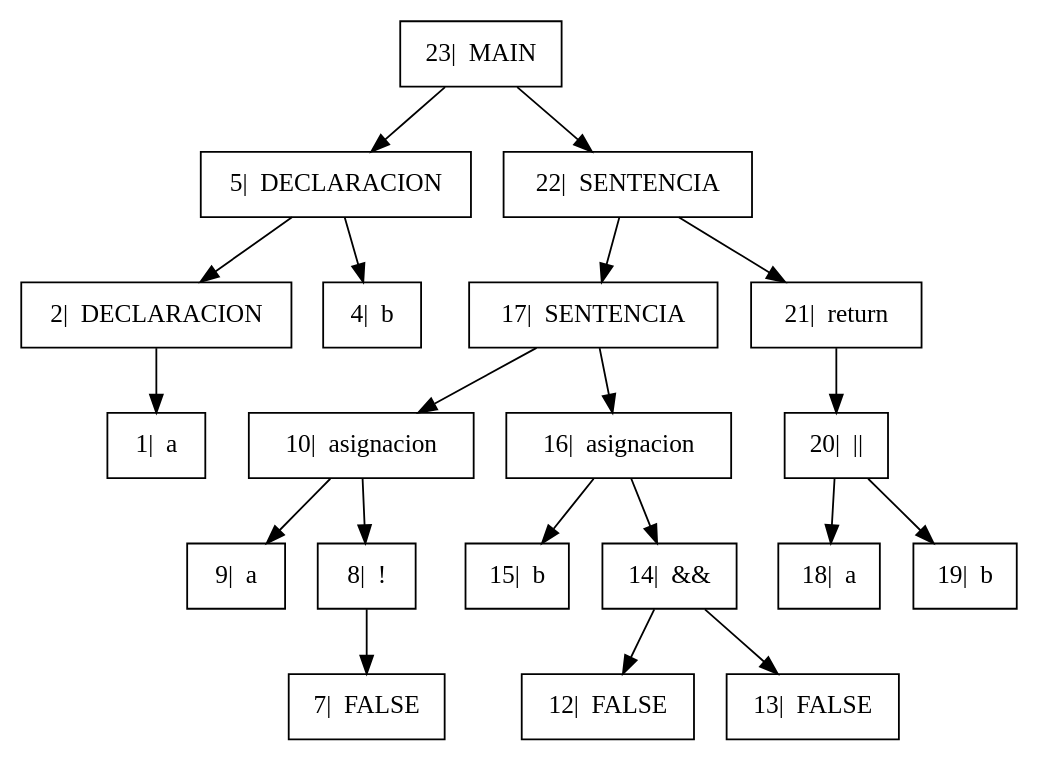
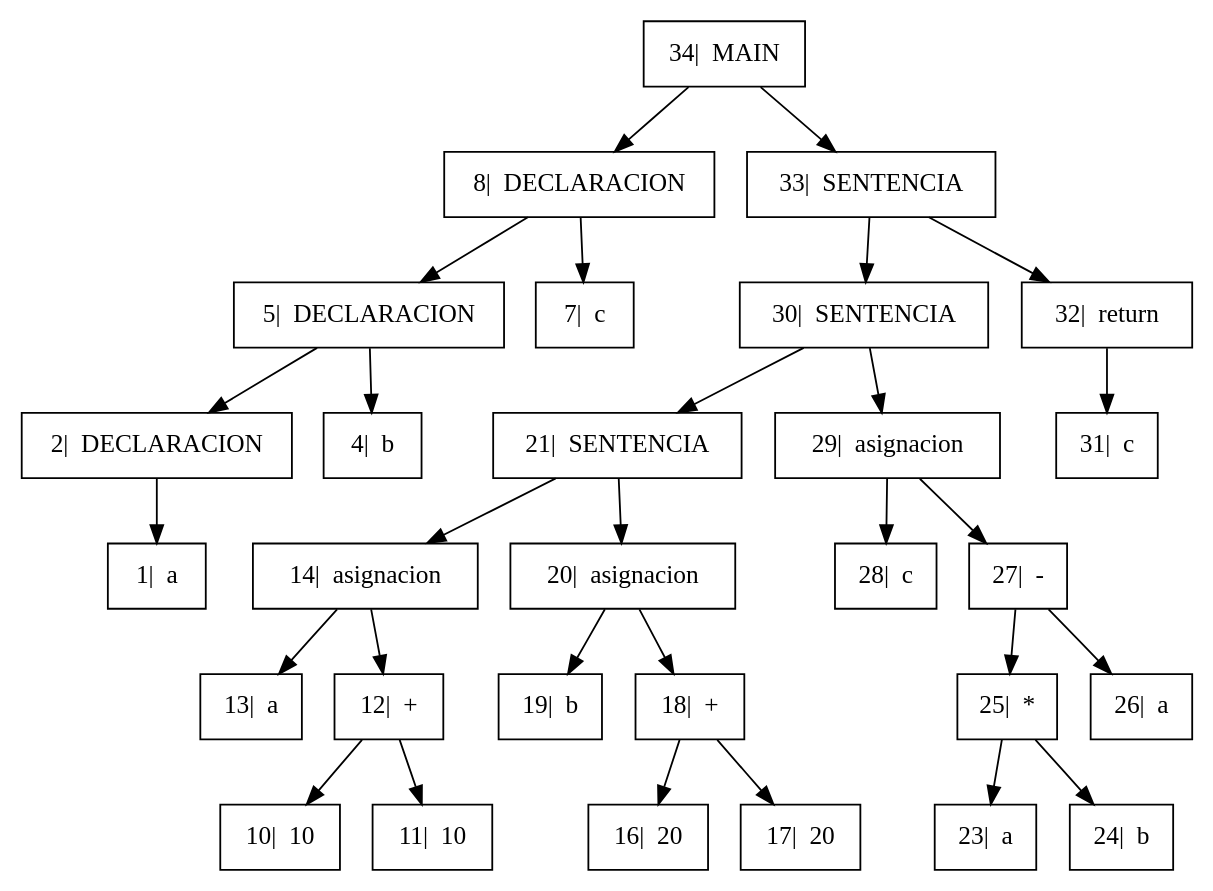
Before and after one commit to GiovA07/PRE-PROYECTO-COMPILADORES: the diagram in Proyecto/Arbol.dot, drawn with Graphviz. The commit also changed 5 other files, not shown here.

```diff
--- a/Proyecto/Arbol.dot
+++ b/Proyecto/Arbol.dot
@@ -1,17 +1,21 @@
 digraph{
 
 rankdir=TB;
 
 node[shape=box];
-"23|  MAIN" -> "5|  DECLARACION", "22|  SENTENCIA";
+"34|  MAIN" -> "8|  DECLARACION", "33|  SENTENCIA";
+"8|  DECLARACION" -> "5|  DECLARACION", "7|  c";
 "5|  DECLARACION" -> "2|  DECLARACION", "4|  b";
 "2|  DECLARACION" -> "1|  a" ;
-"22|  SENTENCIA" -> "17|  SENTENCIA", "21|  return";
-"17|  SENTENCIA" -> "10|  asignacion", "16|  asignacion";
-"10|  asignacion" -> "9|  a", "8|  !";
-"8|  !" -> "7|  FALSE" ;
-"16|  asignacion" -> "15|  b", "14|  &&";
-"14|  &&" -> "12|  FALSE", "13|  FALSE";
-"21|  return" -> "20|  ||" ;
-"20|  ||" -> "18|  a", "19|  b";
+"33|  SENTENCIA" -> "30|  SENTENCIA", "32|  return";
+"30|  SENTENCIA" -> "21|  SENTENCIA", "29|  asignacion";
+"21|  SENTENCIA" -> "14|  asignacion", "20|  asignacion";
+"14|  asignacion" -> "13|  a", "12|  +";
+"12|  +" -> "10|  10", "11|  10";
+"20|  asignacion" -> "19|  b", "18|  +";
+"18|  +" -> "16|  20", "17|  20";
+"29|  asignacion" -> "28|  c", "27|  -";
+"27|  -" -> "25|  *", "26|  a";
+"25|  *" -> "23|  a", "24|  b";
+"32|  return" -> "31|  c" ;
 }
```
